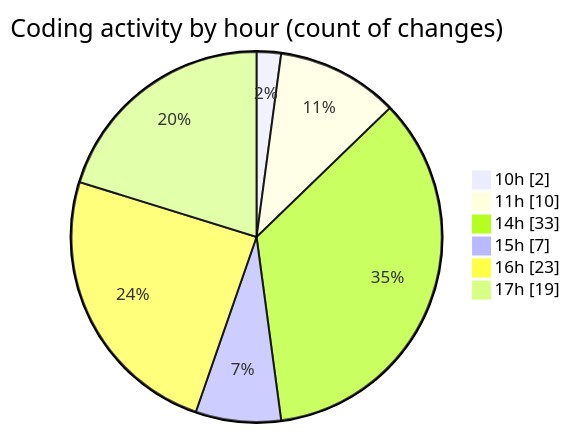
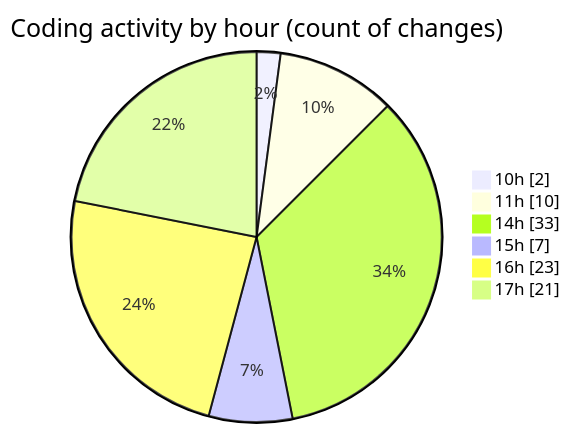
One commit to idhammustaqopulfikri/code-tracking changed the second of 2 diagrams in 2025-06-02/studio-backend/README.md. Above: the diagram before and after it, drawn with Mermaid. The commit also changed other lines of this file and 1 other file, not shown here.

````diff
--- a/2025-06-02/studio-backend/README.md
+++ b/2025-06-02/studio-backend/README.md
@@ -47,10 +48,10 @@
 ```mermaid
 pie showData
 title Coding activity by hour (count of changes)
 "10h" : 2
 "11h" : 10
 "14h" : 33
 "15h" : 7
 "16h" : 23
-"17h" : 19
+"17h" : 21
 ```
````
